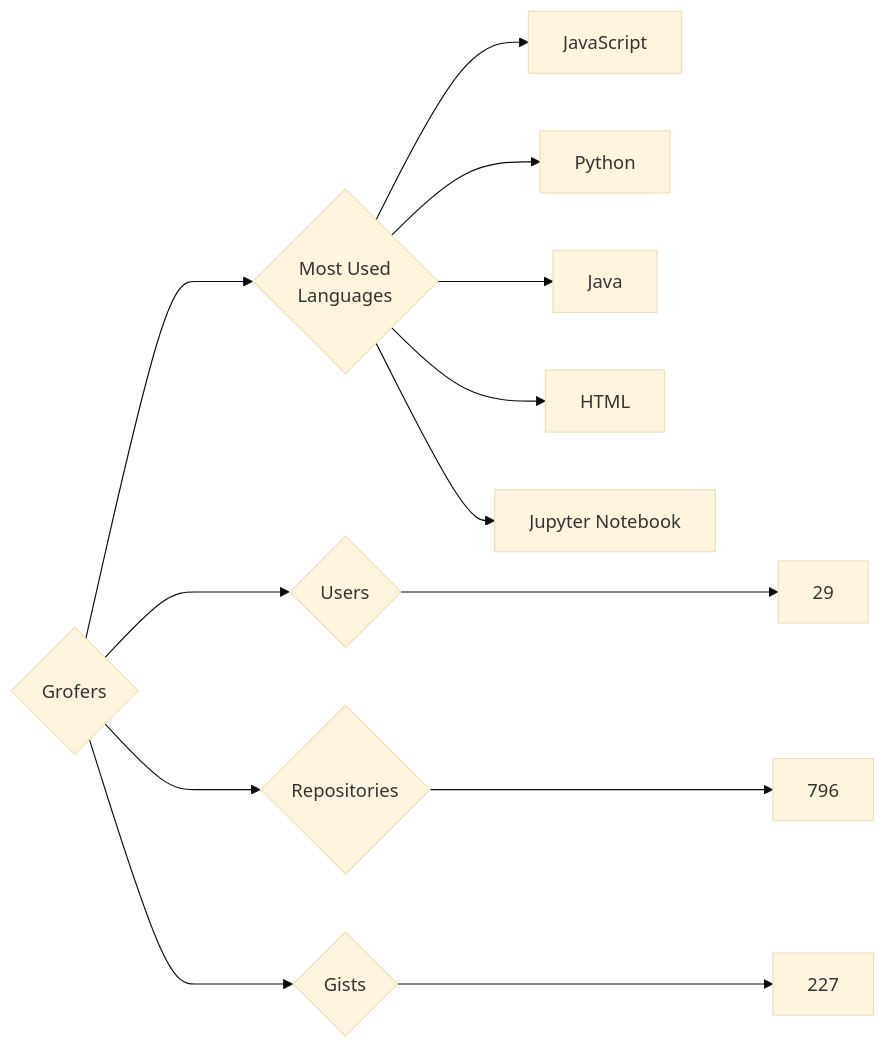
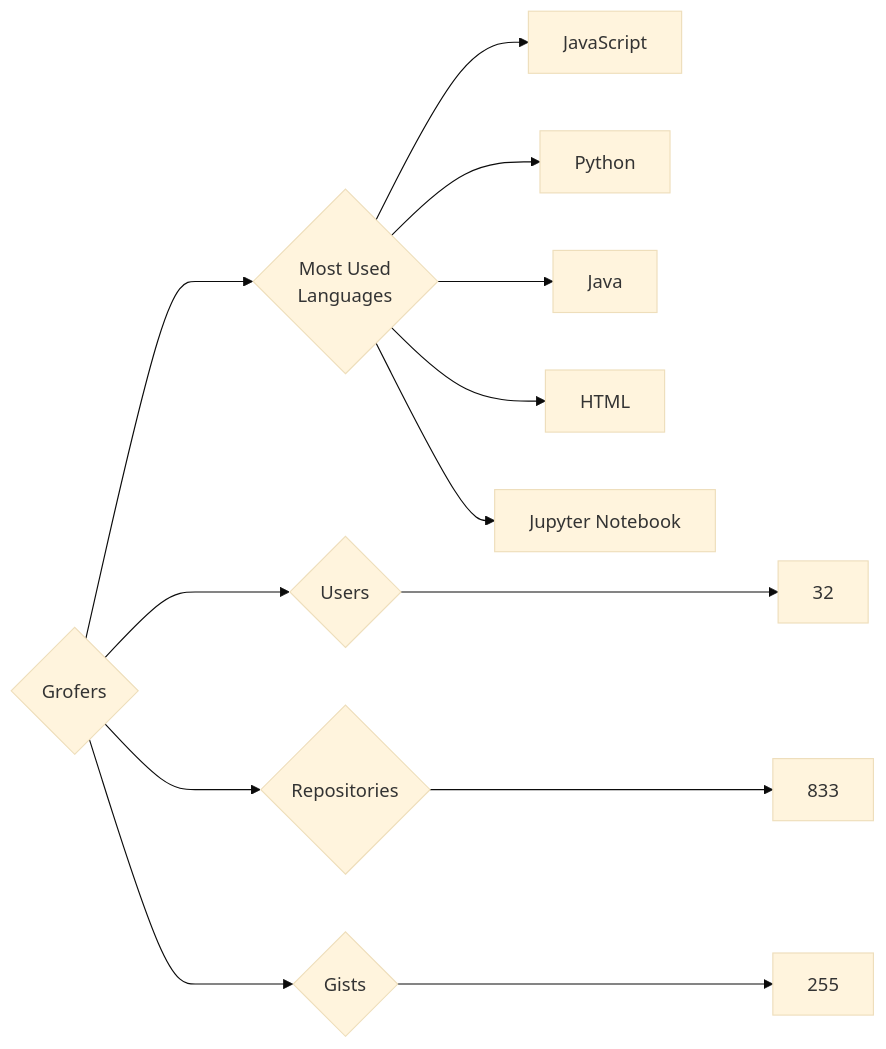
One commit to trickest/insiders changed the diagram in targets/Grofers/README.md. Above: the diagram before and after it, drawn with Mermaid (base theme). The commit also changed 611 other files, not shown here.

````diff
--- a/targets/Grofers/README.md
+++ b/targets/Grofers/README.md
@@ -3,13 +3,13 @@
 ```mermaid
 graph LR
 COMPANY_NAME{Grofers}
-COMPANY_NAME ---> U{Users} ---> UN[29]
-COMPANY_NAME ---> R{Repositories} ---> RN[796]
-COMPANY_NAME ---> G{Gists} ---> GN[227]
+COMPANY_NAME ---> U{Users} ---> UN[32]
+COMPANY_NAME ---> R{Repositories} ---> RN[833]
+COMPANY_NAME ---> G{Gists} ---> GN[255]
 COMPANY_NAME ---> ML{Most Used<br>Languages}
 ML --> JavaScript[JavaScript]
 ML --> Python[Python]
 ML --> Java[Java]
 ML --> HTML[HTML]
 ML --> Jupyter_Notebook[Jupyter Notebook]
 ```
````
